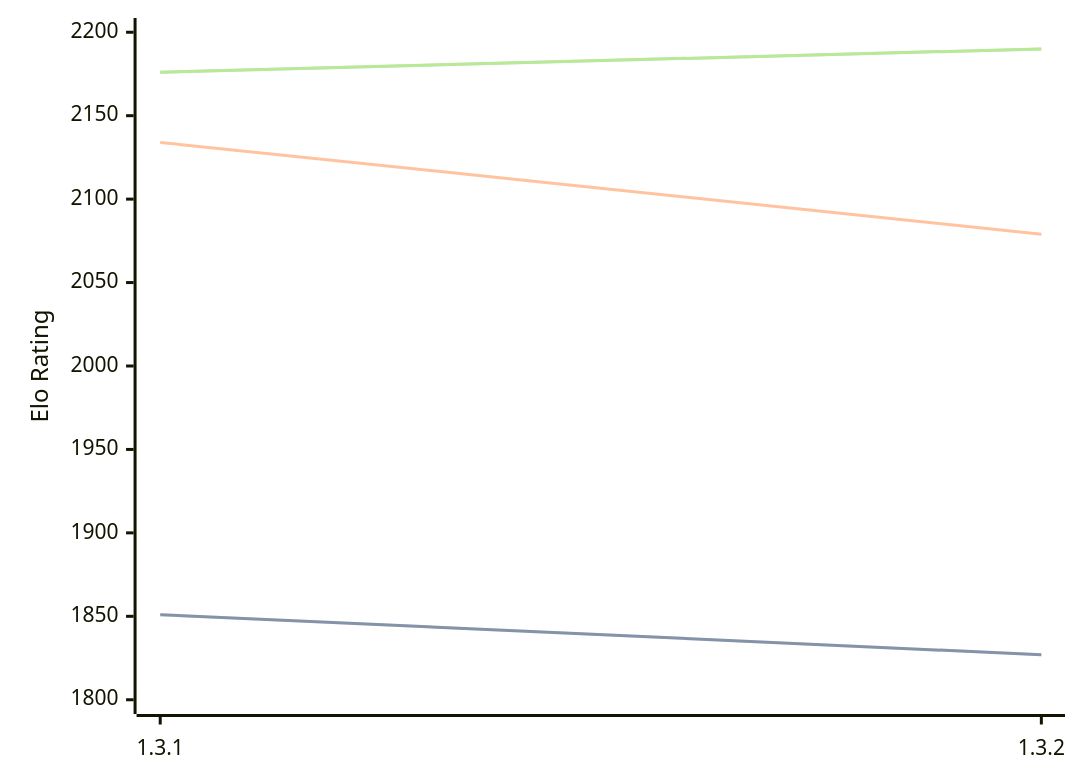
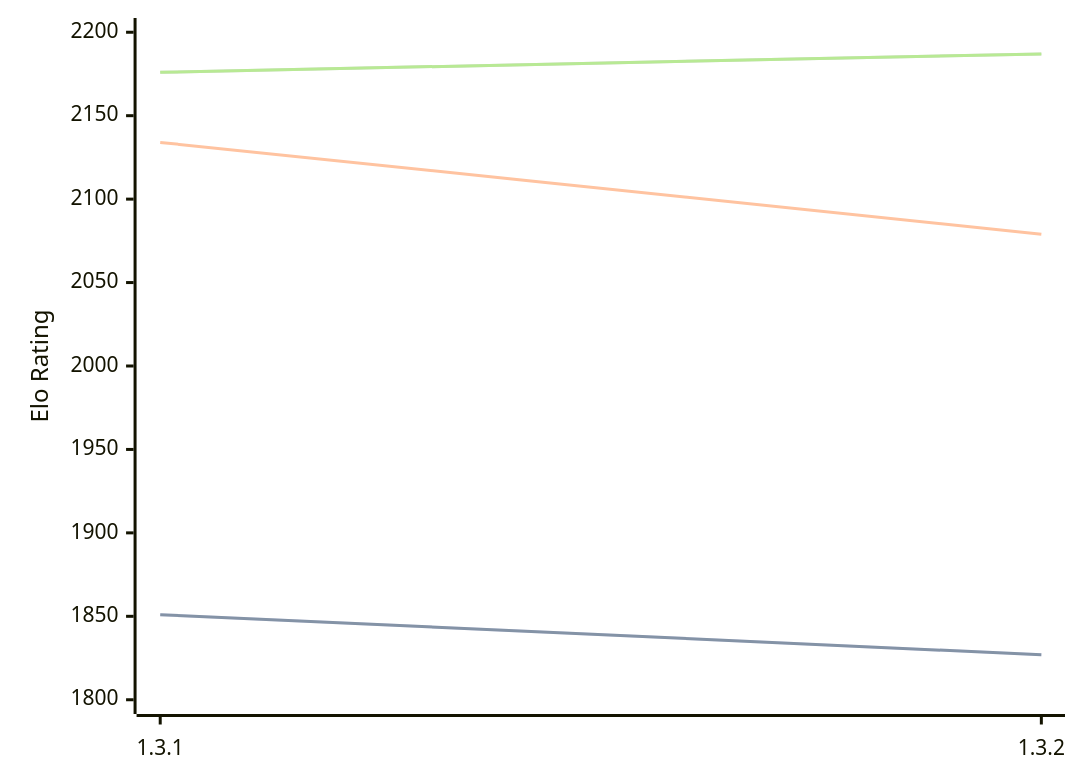
The third of 3 diagrams in engines/Zugblitz.md (computer-chess-index/cci), drawn with Mermaid before and after one commit. The commit also changed other lines of this file, not shown here.

Commit message:
Update CCI Ratings (ELO VLTC) - 2026-07-10

````diff
--- a/engines/Zugblitz.md
+++ b/engines/Zugblitz.md
@@ -65,11 +65,11 @@
 ```mermaid
 %%{init: {"theme":"base","themeVariables":{"seriesColors:['#a3a3a3','#222221','#faa371']}}}%%
 xychart-beta
   x-axis ["1.3.1", "1.3.2"]
   y-axis "Elo Rating" 1800 --> 2200
   line "STC (8.0+0.08s)" [1851, 1827]
   line "STC (8.0+0.08s)" [1851, 1827]
   line "LTC (60.0+0.60s)" [2134, 2079]
-  line "VLTC (2m24s+1.12s)" [2176, 2190]
-  line "VLTC (2m24s+1.12s)" [2176, 2190]
+  line "VLTC (2m24s+1.12s)" [2176, 2187]
+  line "VLTC (2m24s+1.12s)" [2176, 2187]
 ```
````
